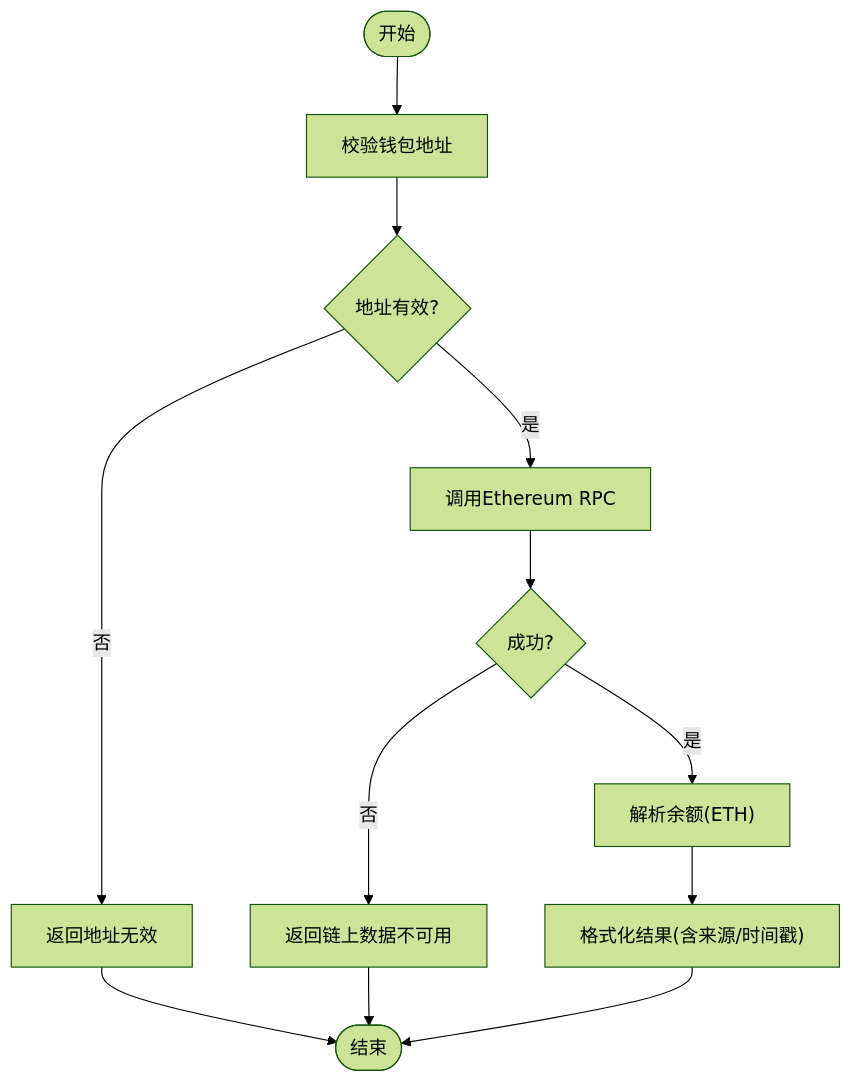
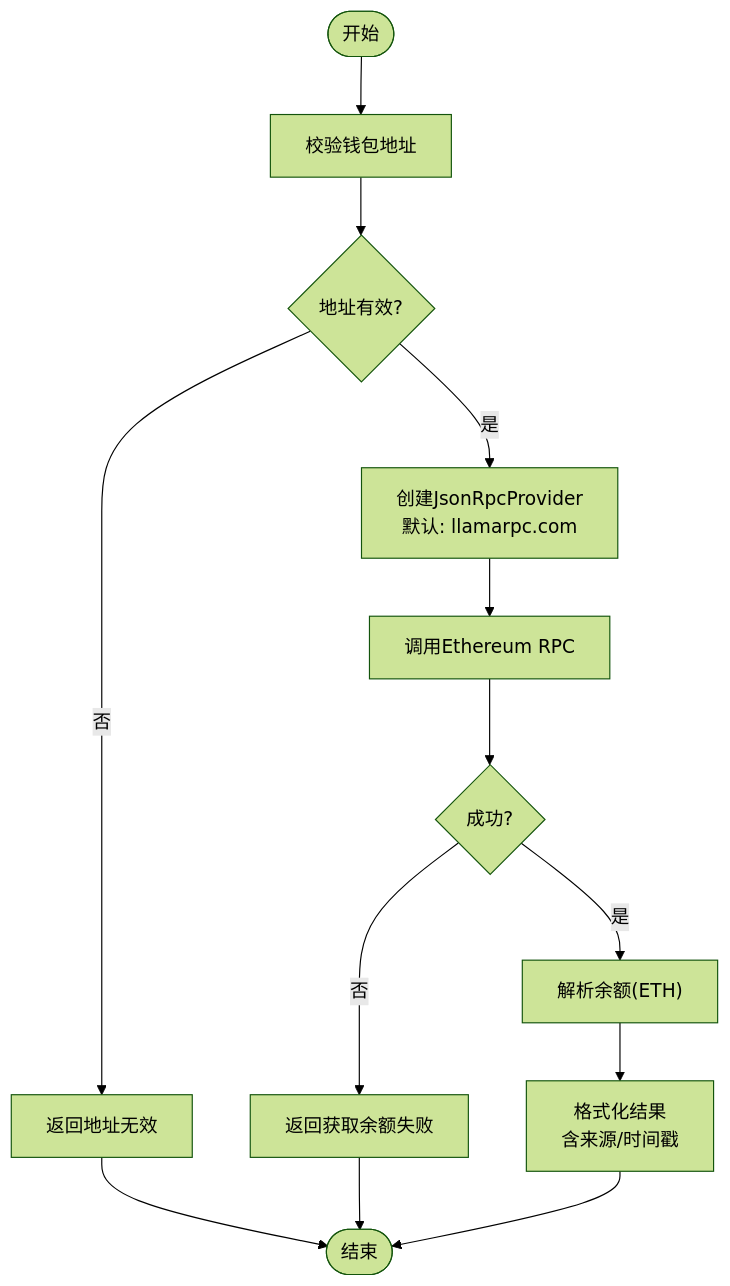
One commit to CryptoLinxu/Web3-AI-Agent changed the fourth of 6 diagrams in .qoder/repowiki/zh/content/Web3工具集成/Web3工具集成.md. Above: the diagram before and after it, drawn with Mermaid (forest theme). The commit also changed other lines of this file and 6 other files, not shown here.

````diff
--- a/.qoder/repowiki/zh/content/Web3工具集成/Web3工具集成.md
+++ b/.qoder/repowiki/zh/content/Web3工具集成/Web3工具集成.md
@@ -177,14 +203,15 @@
 ```mermaid
 flowchart TD
 Start(["开始"]) --> CheckAddr["校验钱包地址"]
 CheckAddr --> AddrOk{"地址有效?"}
 AddrOk --> |否| ErrAddr["返回地址无效"]
-AddrOk --> |是| CallRPC["调用Ethereum RPC"]
+AddrOk --> |是| CreateProvider["创建JsonRpcProvider<br/>默认: llamarpc.com"]
+CreateProvider --> CallRPC["调用Ethereum RPC"]
 CallRPC --> RpcOk{"成功?"}
-RpcOk --> |否| ErrRpc["返回链上数据不可用"]
+RpcOk --> |否| ErrRpc["返回获取余额失败"]
 RpcOk --> |是| Parse["解析余额(ETH)"]
-Parse --> Format["格式化结果(含来源/时间戳)"]
+Parse --> Format["格式化结果<br/>含来源/时间戳"]
 Format --> Done(["结束"])
 ErrAddr --> Done
 ErrRpc --> Done
 ```
````
